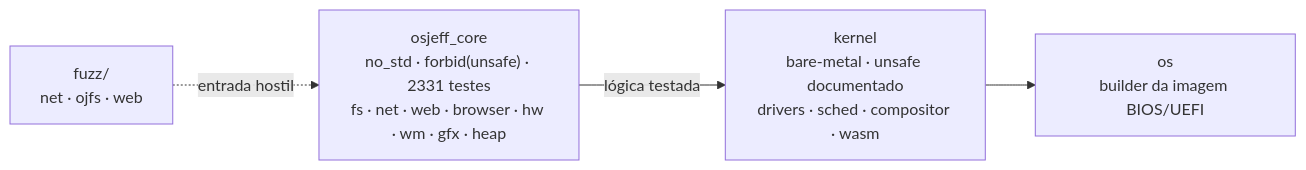
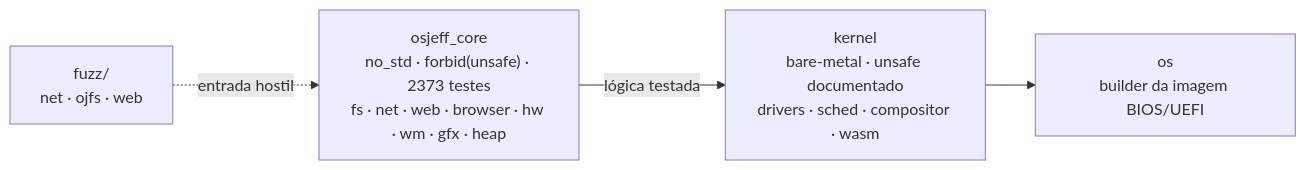
The diagram in README.md (Jeffinp/OSjeff), drawn with Mermaid before and after one commit. The commit also changed other lines of this file and 8 other files, not shown here.

````diff
--- a/README.md
+++ b/README.md
@@ -92,9 +92,9 @@
 ```mermaid
 flowchart LR
-    CORE["osjeff_core<br/>no_std · forbid(unsafe) · 2331 testes<br/>fs · net · web · browser · hw · wm · gfx · heap"]
+    CORE["osjeff_core<br/>no_std · forbid(unsafe) · 2373 testes<br/>fs · net · web · browser · hw · wm · gfx · heap"]
     KERNEL["kernel<br/>bare-metal · unsafe documentado<br/>drivers · sched · compositor · wasm"]
     OS["os<br/>builder da imagem BIOS/UEFI"]
     FUZZ["fuzz/<br/>net · ojfs · web"]
     CORE -->|lógica testada| KERNEL --> OS
     FUZZ -.->|entrada hostil| CORE
 ```
````
